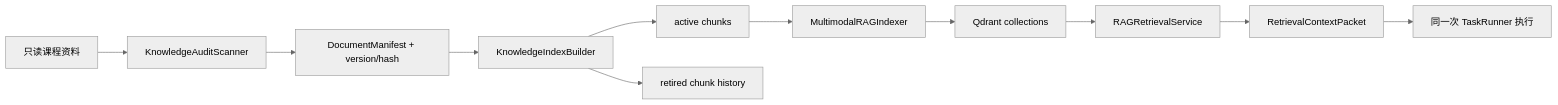
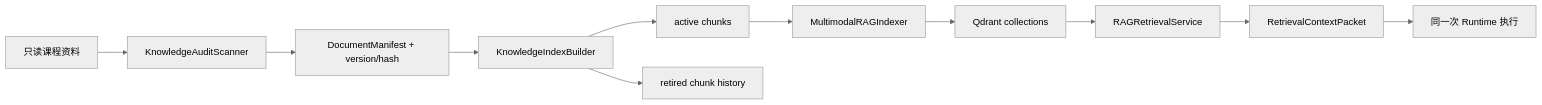
One commit to liaozhiyang-0/xinzhi-daoxue changed the third of 3 diagrams in docs/developer_code_navigation.md. Above: the diagram before and after it, drawn with Mermaid (neutral theme). The commit also changed other lines of this file and 296 other files, not shown here.

````diff
--- a/docs/developer_code_navigation.md
+++ b/docs/developer_code_navigation.md
@@ -359,13 +359,13 @@
 ```mermaid
 flowchart LR
     RAW["只读课程资料"] --> AUDIT["KnowledgeAuditScanner"]
     AUDIT --> MANIFEST["DocumentManifest + version/hash"]
     MANIFEST --> CHUNK["KnowledgeIndexBuilder"]
     CHUNK --> ACTIVE["active chunks"]
     CHUNK --> HISTORY["retired chunk history"]
     ACTIVE --> EMBED["MultimodalRAGIndexer"]
     EMBED --> QDRANT["Qdrant collections"]
     QDRANT --> RETRIEVE["RAGRetrievalService"]
     RETRIEVE --> CONTEXT["RetrievalContextPacket"]
-    CONTEXT --> TASK["同一次 TaskRunner 执行"]
+    CONTEXT --> TASK["同一次 Runtime 执行"]
 ```
````
